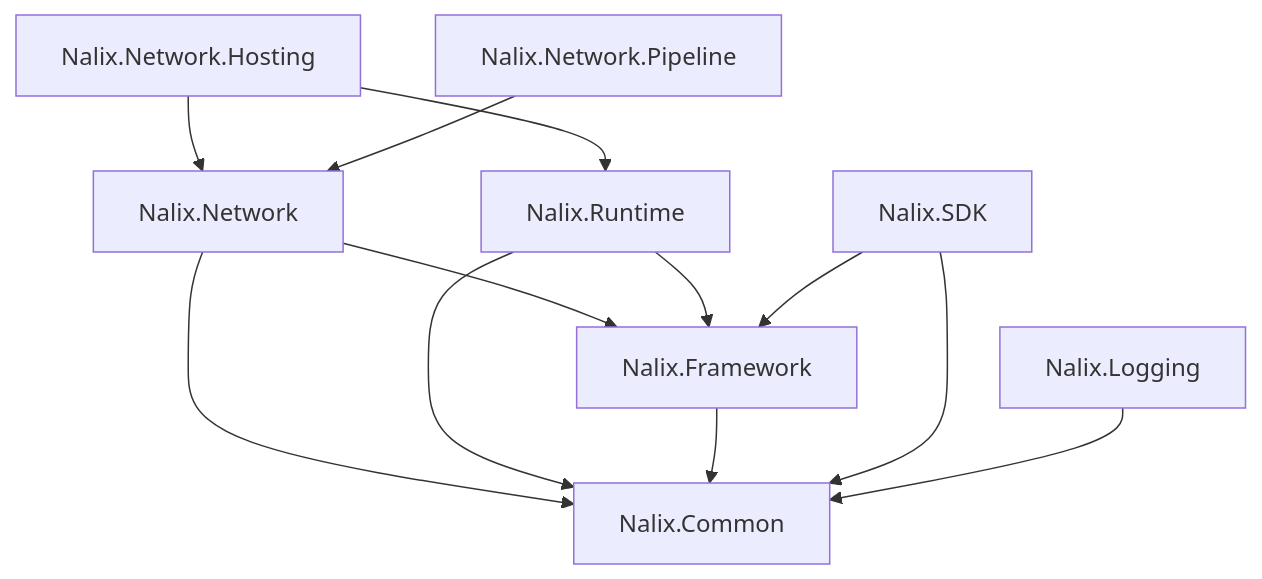
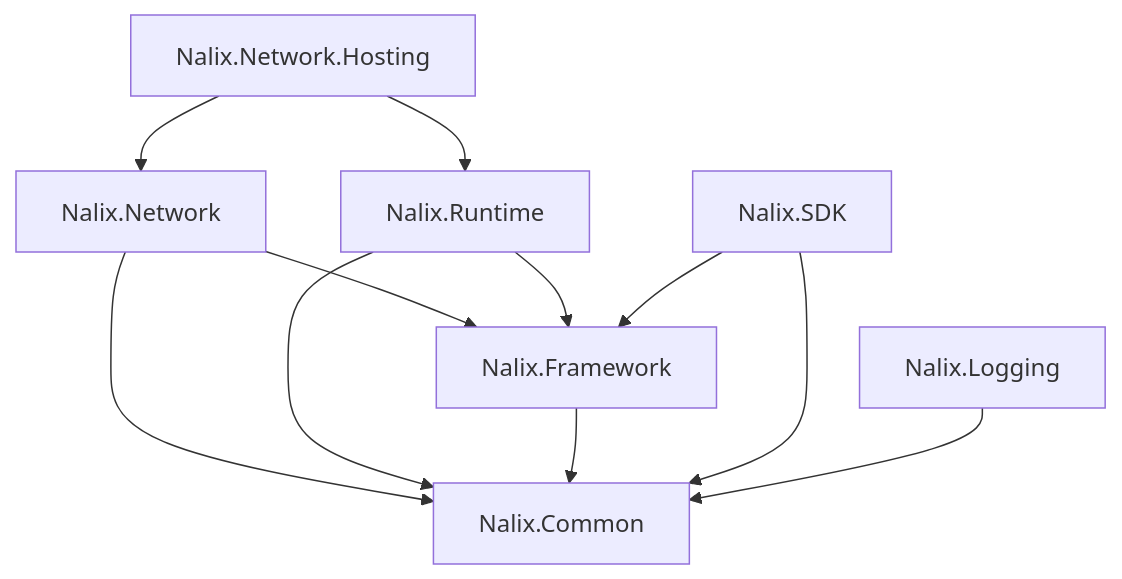
The diagram in docs/packages/index.md (ppn-systems/Nalix), drawn with Mermaid before and after one commit. The commit also changed other lines of this file and 138 other files, not shown here.

````diff
--- a/docs/packages/index.md
+++ b/docs/packages/index.md
@@ -24,20 +23,18 @@
 ```mermaid
 flowchart TD
     Hosting["Nalix.Network.Hosting"] --> Network["Nalix.Network"]
     Hosting --> Runtime["Nalix.Runtime"]
 
     Network --> Framework["Nalix.Framework"]
     Network --> Common["Nalix.Common"]
 
     Runtime --> Framework
     Runtime --> Common
 
     Framework --> Common
 
     SDK["Nalix.SDK"] --> Framework
     SDK --> Common
 
-    Pipeline["Nalix.Network.Pipeline"] --> Network
-
     Logging["Nalix.Logging"] --> Common
 ```
````
